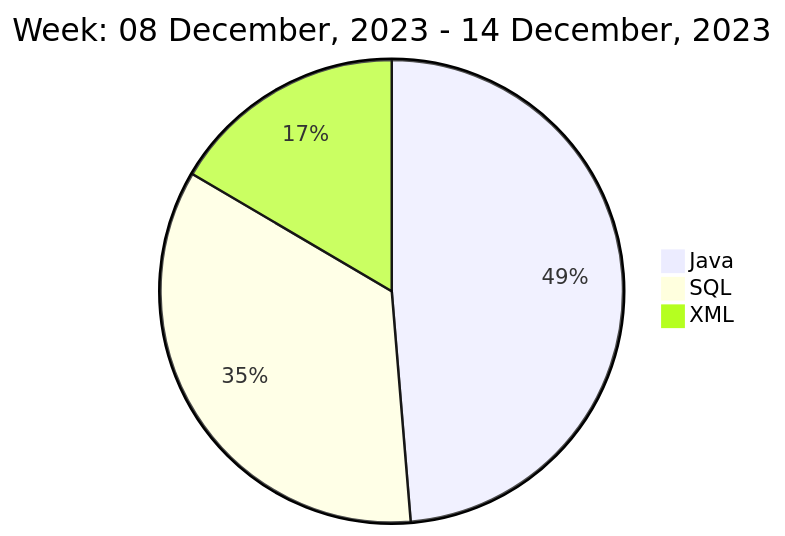
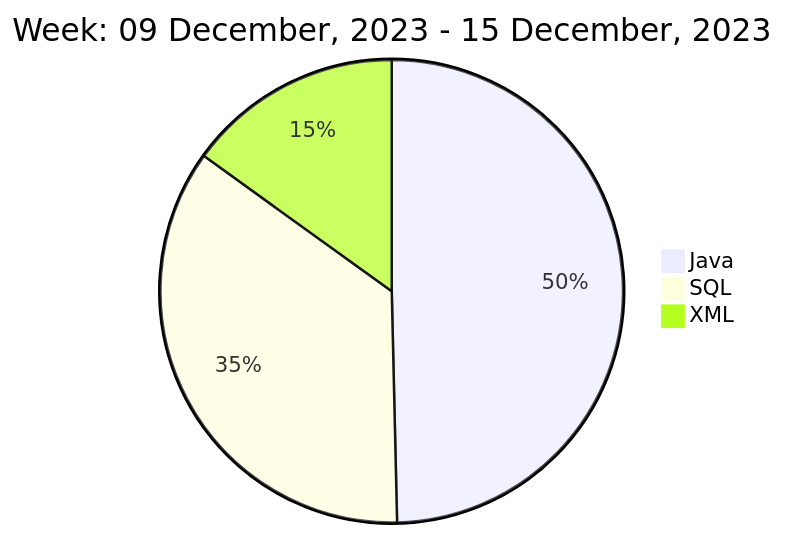
Before and after one commit to liubin95/liubin95: the diagram in README.md, drawn with Mermaid.

Commit message:
Updated the Graph with new Metrics

````diff
--- a/README.md
+++ b/README.md
@@ -37,7 +37,7 @@
 ```mermaid
  pie
-title Week: 08 December, 2023 - 14 December, 2023
- "Java" : 6.33
- "SQL" : 4.52
- "XML" : 2.15
+title Week: 09 December, 2023 - 15 December, 2023
+ "Java" : 5.37
+ "SQL" : 3.82
+ "XML" : 1.63
 ```
````
